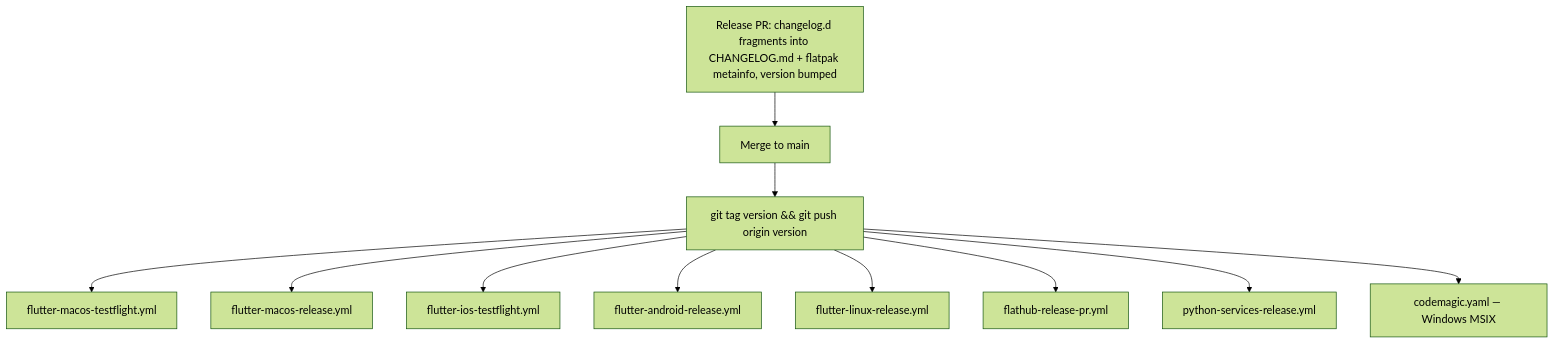
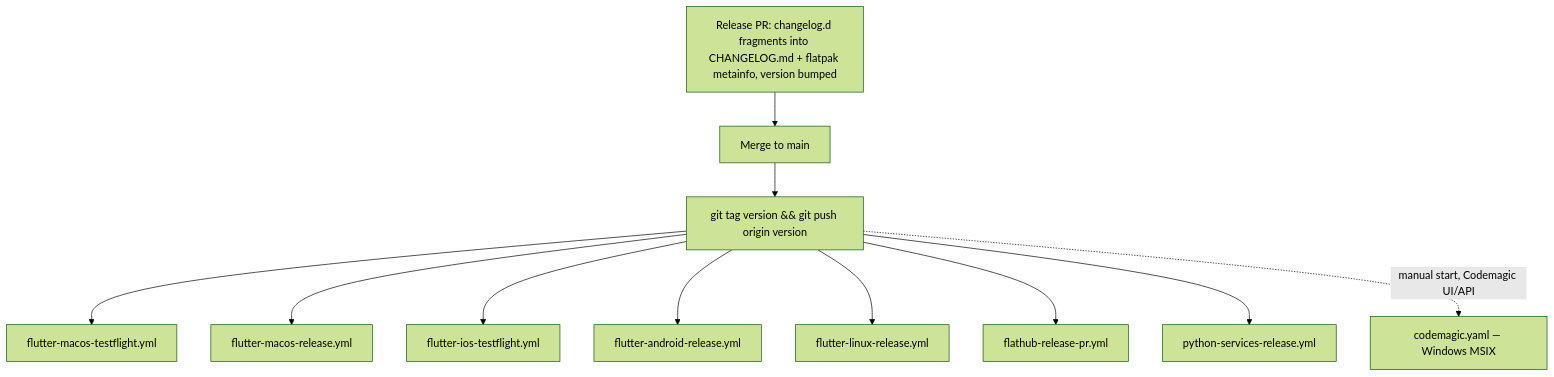
One commit to matthiasn/lotti changed the diagram in knowledge/architecture/platform-and-release.md. Above: the diagram before and after it, drawn with Mermaid (forest theme). The commit also changed other lines of this file and 1 other file, not shown here.

First line of the commit message:
ci(windows): make the Codemagic Windows release manual-only

````diff
--- a/knowledge/architecture/platform-and-release.md
+++ b/knowledge/architecture/platform-and-release.md
@@ -163,13 +163,13 @@
 ```mermaid
 flowchart TD
   Assemble["Release PR: changelog.d fragments into CHANGELOG.md + flatpak metainfo, version bumped"] --> Merge["Merge to main"]
   Merge --> Tag["git tag version && git push origin version"]
   Tag --> A["flutter-macos-testflight.yml"]
   Tag --> B["flutter-macos-release.yml"]
   Tag --> C["flutter-ios-testflight.yml"]
   Tag --> D["flutter-android-release.yml"]
   Tag --> E["flutter-linux-release.yml"]
   Tag --> F["flathub-release-pr.yml"]
   Tag --> G["python-services-release.yml"]
-  Tag --> H["codemagic.yaml — Windows MSIX"]
+  Tag -. "manual start, Codemagic UI/API" .-> H["codemagic.yaml — Windows MSIX"]
 ```
````
